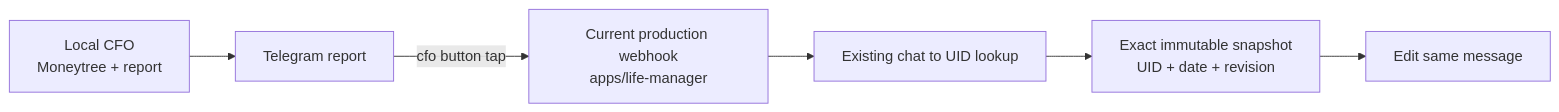
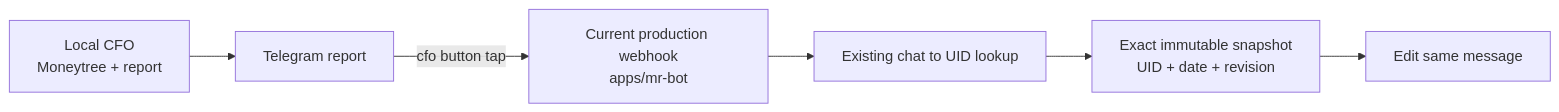
Before and after one commit to Daisuke134/anicca: the diagram in docs/superpowers/plans/2026-08-10-cfo-telegram-callback-production-port.md, drawn with Mermaid. The commit also changed other lines of this file and 2118 other files, not shown here.

````diff
--- a/docs/superpowers/plans/2026-08-10-cfo-telegram-callback-production-port.md
+++ b/docs/superpowers/plans/2026-08-10-cfo-telegram-callback-production-port.md
@@ -14,8 +14,8 @@
 ```mermaid
 flowchart LR
     L[Local CFO\nMoneytree + report] --> TG[Telegram report]
-    TG -->|cfo button tap| W[Current production webhook\napps/life-manager]
+    TG -->|cfo button tap| W[Current production webhook\napps/mr-bot]
     W --> I[Existing chat to UID lookup]
     I --> S[Exact immutable snapshot\nUID + date + revision]
     S --> E[Edit same message]
 ```
````
